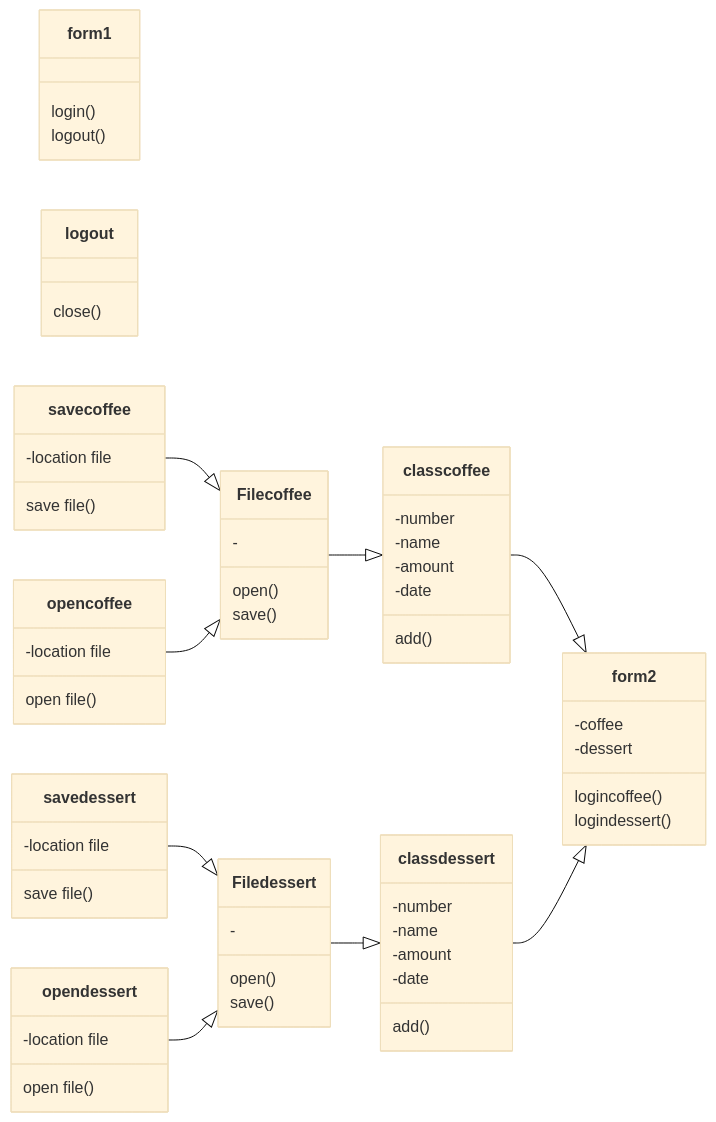
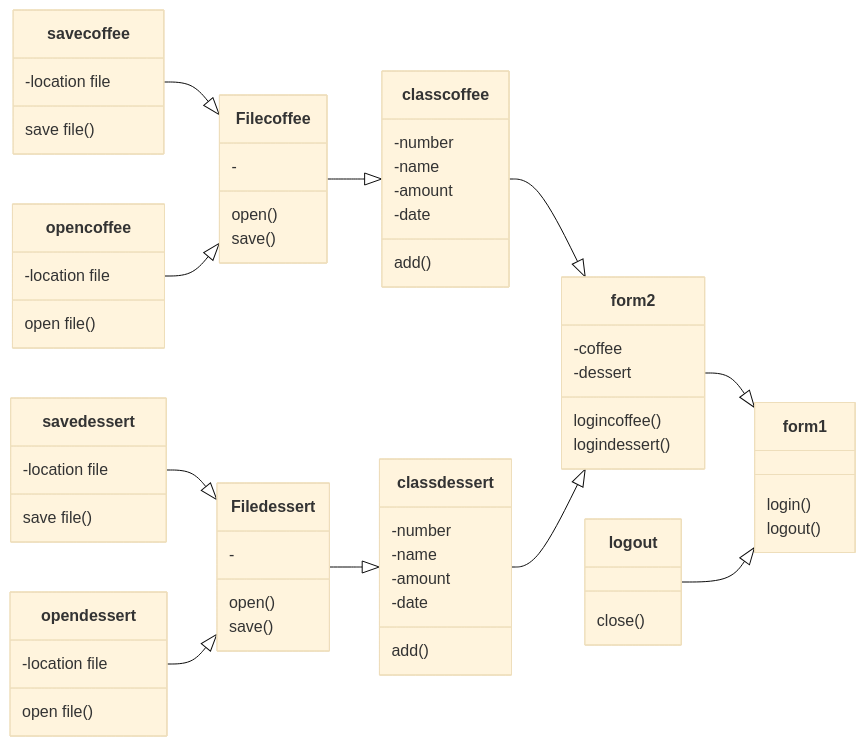
The diagram in README.md (Syxsaran/ReportSalesCoffee), drawn with Mermaid (base theme) before and after one commit.

````diff
--- a/README.md
+++ b/README.md
@@ -11,68 +11,71 @@
 ```mermaid
 classDiagram
   direction LR
   class form1{
   login()
   logout()
   }
   class logout{
   close()
   }
   class form2{
   -coffee
   -dessert
   logincoffee()
   logindessert()
   }
   class classcoffee{
   -number
   -name
   -amount
   -date
   add()
   }
   class classdessert{
   -number
   -name
   -amount
   -date
   add()
   }
   class Filecoffee{
   -
   open()
   save()
   }
   class Filedessert{
   -
   open()
   save()
   }
   class opendessert{
   -location file
   open file()
   }
   class savedessert{
   -location file
   save file()
   }
   class opencoffee{
   -location file
   open file()
   }
   class savecoffee{
   -location file
   save file()
   }
   savecoffee --|> Filecoffee
   opencoffee --|> Filecoffee
   
   savedessert --|> Filedessert
   opendessert --|> Filedessert
   
   Filedessert --|> classdessert
   Filecoffee --|> classcoffee
   
   classcoffee --|> form2
   classdessert --|> form2
+  
+  form2 --|> form1
+  logout --|> form1
   ```
````
